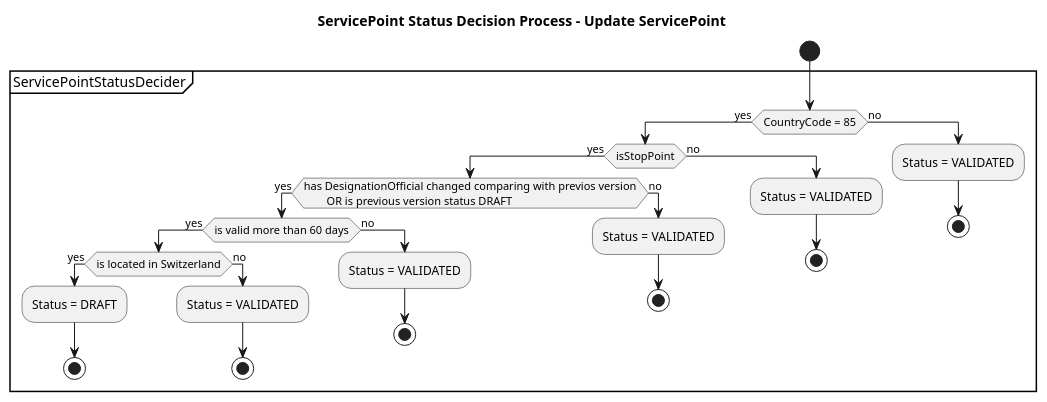
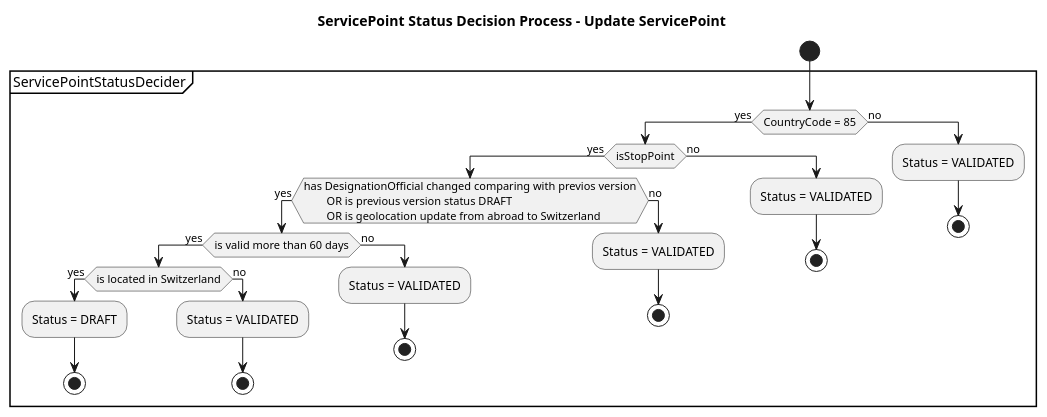
Before and after one commit to SchweizerischeBundesbahnen/atlas: the diagram in service-point-directory/documentation/UpdateServicePointStatusDecision.puml, drawn with PlantUML. The commit also changed 3 other files, not shown here.

```diff
--- a/service-point-directory/documentation/UpdateServicePointStatusDecision.puml
+++ b/service-point-directory/documentation/UpdateServicePointStatusDecision.puml
@@ -1,39 +1,40 @@
 @startuml
 
 title ServicePoint Status Decision Process - Update ServicePoint
 
 start
 
 partition "ServicePointStatusDecider"{
     if (CountryCode = 85) then (yes)
       if (isStopPoint) then (yes)
         if (has DesignationOfficial changed comparing with previos version
-        OR is previous version status DRAFT) then (yes)
+        OR is previous version status DRAFT
+        OR is geolocation update from abroad to Switzerland) then (yes)
             if (is valid more than 60 days) then (yes)
                 if (is located in Switzerland) then (yes)
                     :Status = DRAFT;
                     stop
                 else(no)
                     :Status = VALIDATED;
                     stop
                 endif
             else(no)
                 :Status = VALIDATED;
                 stop
             endif
         else(no)
             :Status = VALIDATED;
             stop
         endif
       else (no)
         :Status = VALIDATED;
         stop
       endif
 
     else (no)
       :Status = VALIDATED;
       stop
     endif
 }
 
 @enduml
```
